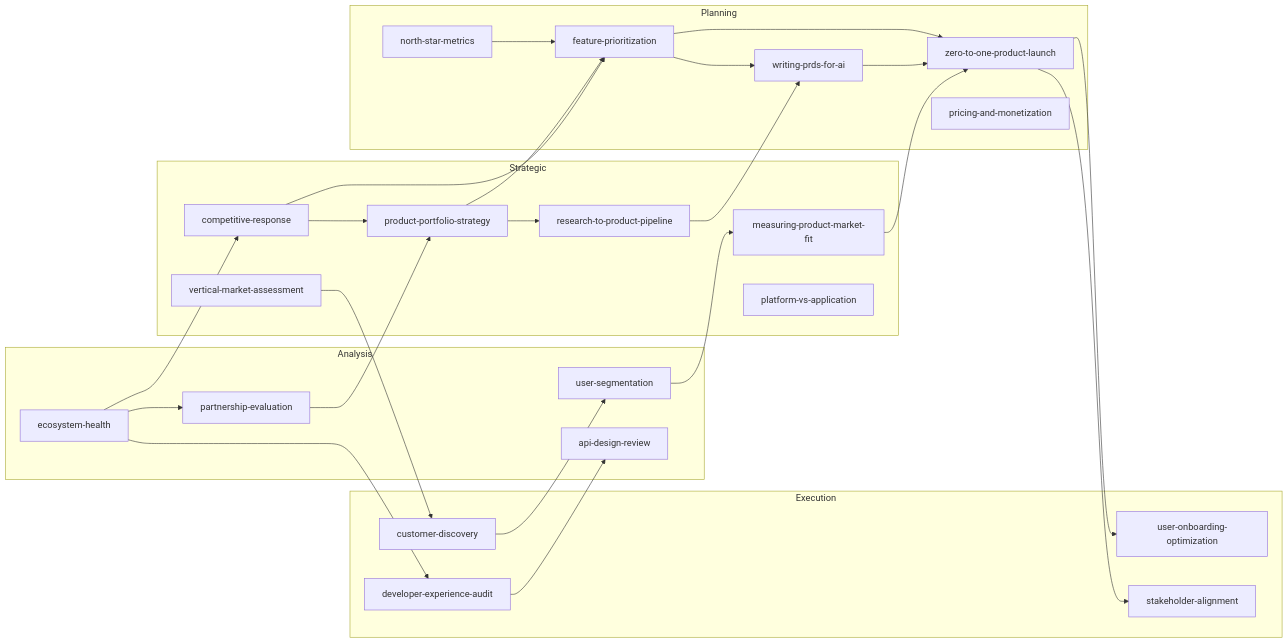
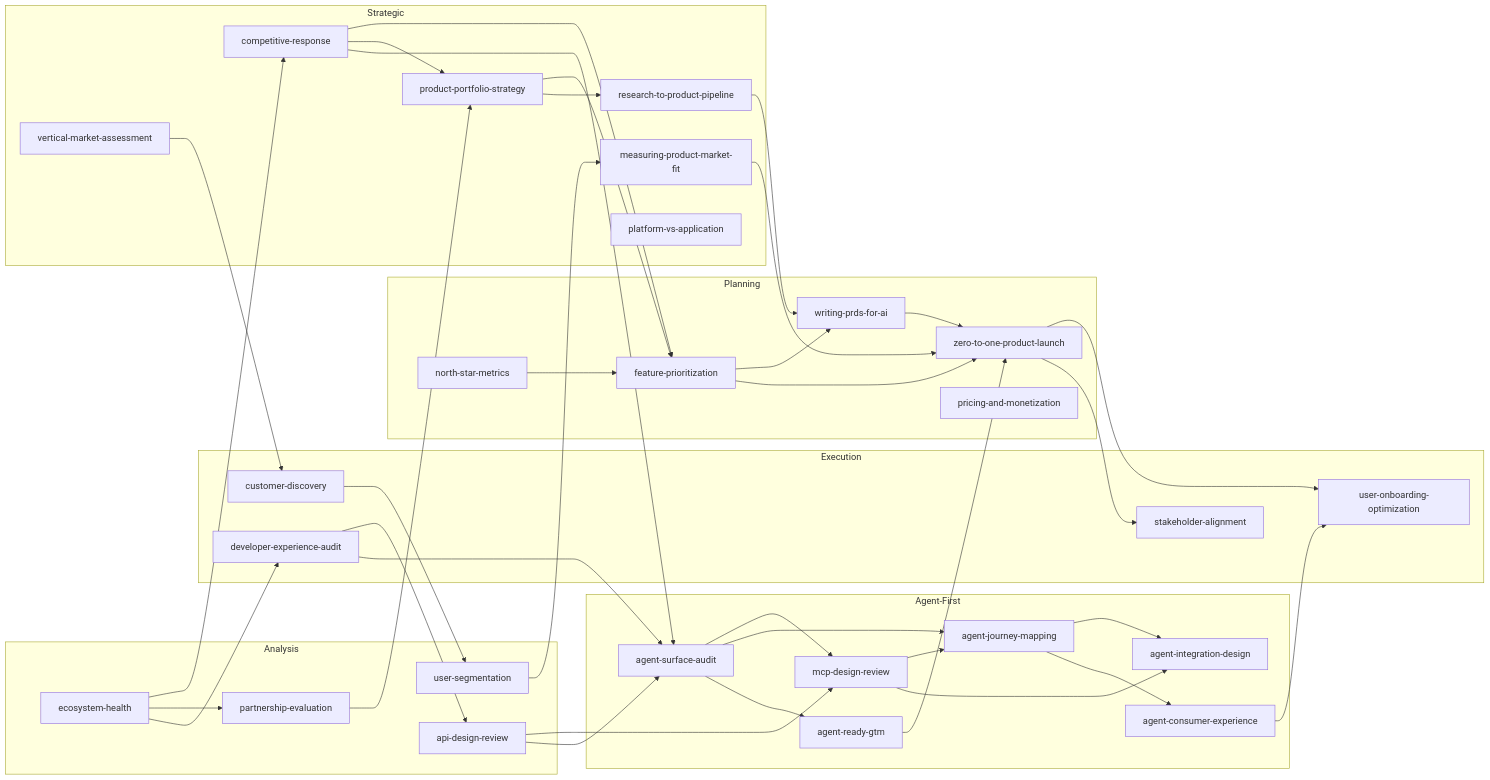
The diagram in README.md (ashstep2/pm-playbook), drawn with Mermaid before and after one commit. The commit also changed other lines of this file and 13 other files, not shown here.

````diff
--- a/README.md
+++ b/README.md
@@ -97,51 +108,73 @@
 ```mermaid
 graph LR
     subgraph Strategic
         PPS[product-portfolio-strategy]
         PMF[measuring-product-market-fit]
         CR[competitive-response]
         RTP[research-to-product-pipeline]
         PVA[platform-vs-application]
         VMA[vertical-market-assessment]
     end
 
     subgraph Planning
         ZTO[zero-to-one-product-launch]
         FP[feature-prioritization]
         PM[pricing-and-monetization]
         NSM[north-star-metrics]
         PRD[writing-prds-for-ai]
     end
 
     subgraph Execution
         CD[customer-discovery]
         DXA[developer-experience-audit]
         UOO[user-onboarding-optimization]
         SA[stakeholder-alignment]
     end
 
+    subgraph Agent-First
+        ASA[agent-surface-audit]
+        MDR[mcp-design-review]
+        AJM[agent-journey-mapping]
+        AGTM[agent-ready-gtm]
+        AID[agent-integration-design]
+        ACE[agent-consumer-experience]
+    end
+
     subgraph Analysis
         US[user-segmentation]
         EH[ecosystem-health]
         ADR[api-design-review]
         PE[partnership-evaluation]
     end
 
     CD --> US --> PMF --> ZTO
     CR --> FP
     CR --> PPS
+    CR --> ASA
     EH --> CR
     EH --> PE
     EH --> DXA
     NSM --> FP
     PPS --> FP
     PPS --> RTP
     FP --> PRD --> ZTO
     FP --> ZTO
     ZTO --> UOO
     ZTO --> SA
     VMA --> CD
     DXA --> ADR
+    DXA --> ASA
+    ADR --> MDR
+    ADR --> ASA
     PE --> PPS
     RTP --> PRD
+    ASA --> MDR
+    ASA --> AJM
+    ASA --> AGTM
+    MDR --> AJM
+    MDR --> AID
+    AJM --> AID
+    AJM --> ACE
+    AGTM --> ZTO
+    ACE --> UOO
 ```
````
